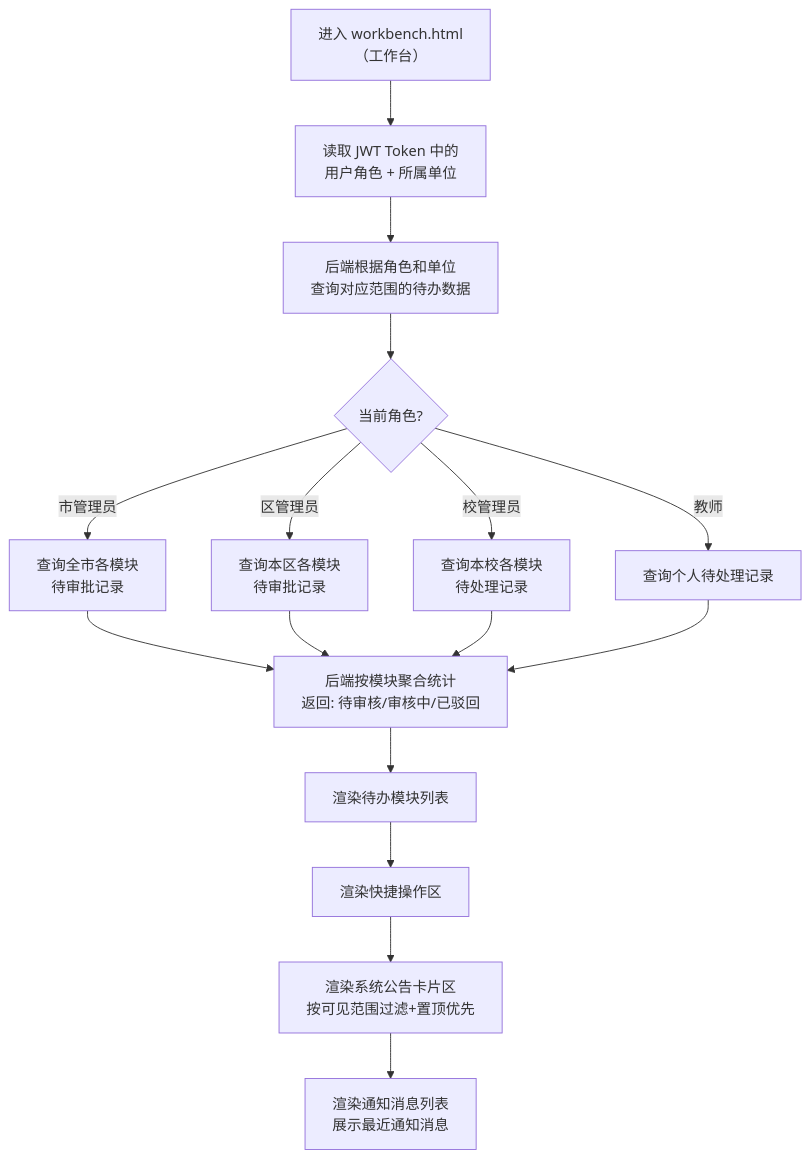
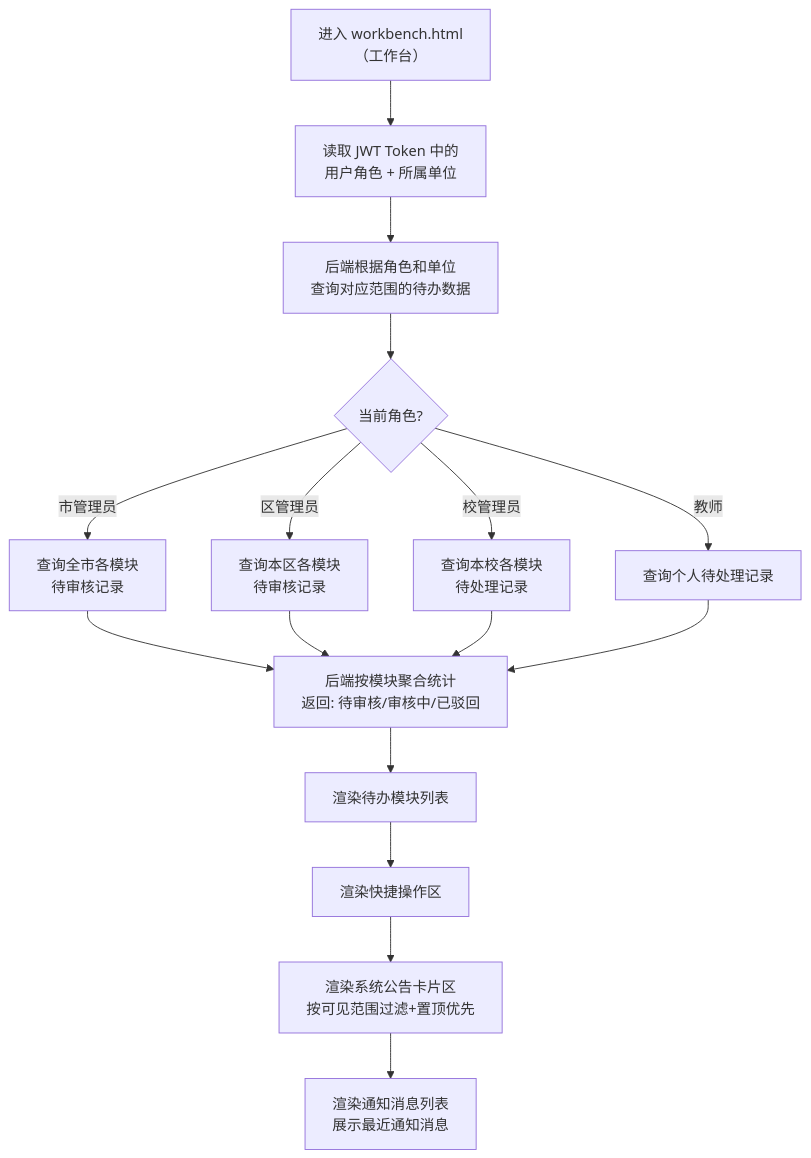
Before and after one commit to qiaodmpm/liuzhou-edu-hr: the fifth of 6 diagrams in docs/PRD_系统基础模块.md, drawn with Mermaid. The commit also changed 92 other files, not shown here.

````diff
--- a/docs/PRD_系统基础模块.md
+++ b/docs/PRD_系统基础模块.md
@@ -178,21 +178,21 @@
 ```mermaid
 flowchart TD
     A[进入 workbench.html<br>（工作台）] --> B[读取 JWT Token 中的<br>用户角色 + 所属单位]
     B --> C[后端根据角色和单位<br>查询对应范围的待办数据]
     C --> D{当前角色?}
 
-    D -->|市管理员| F[查询全市各模块<br>待审批记录]
-    D -->|区管理员| G[查询本区各模块<br>待审批记录]
+    D -->|市管理员| F[查询全市各模块<br>待审核记录]
+    D -->|区管理员| G[查询本区各模块<br>待审核记录]
     D -->|校管理员| H[查询本校各模块<br>待处理记录]
     D -->|教师| I[查询个人待处理记录]
 
     F --> J[后端按模块聚合统计<br>返回: 待审核/审核中/已驳回]
     G --> J
     H --> J
     I --> J
 
     J --> K[渲染待办模块列表]
     K --> L[渲染快捷操作区]
     L --> LA[渲染系统公告卡片区<br>按可见范围过滤+置顶优先]
     LA --> M[渲染通知消息列表<br>展示最近通知消息]
 ```
````
